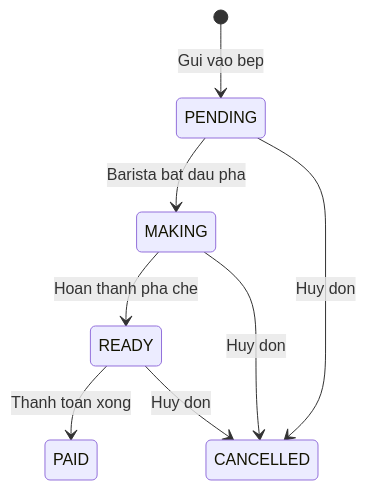
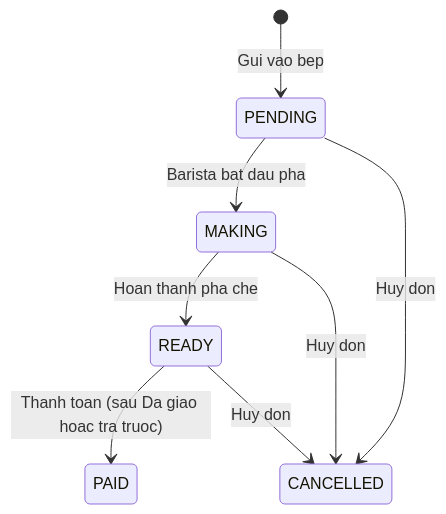
The second of 2 diagrams in docs/PRD.md (CESxMidas/CaffeApp), drawn with Mermaid before and after one commit. The commit also changed other lines of this file and 112 other files, not shown here.

````diff
--- a/docs/PRD.md
+++ b/docs/PRD.md
@@ -48,10 +53,10 @@
 ```mermaid
 stateDiagram-v2
     [*] --> PENDING: Gui vao bep
     PENDING --> MAKING: Barista bat dau pha
     MAKING --> READY: Hoan thanh pha che
-    READY --> PAID: Thanh toan xong
+    READY --> PAID: Thanh toan (sau Da giao hoac tra truoc)
     PENDING --> CANCELLED: Huy don
     MAKING --> CANCELLED: Huy don
     READY --> CANCELLED: Huy don
 ```
````
